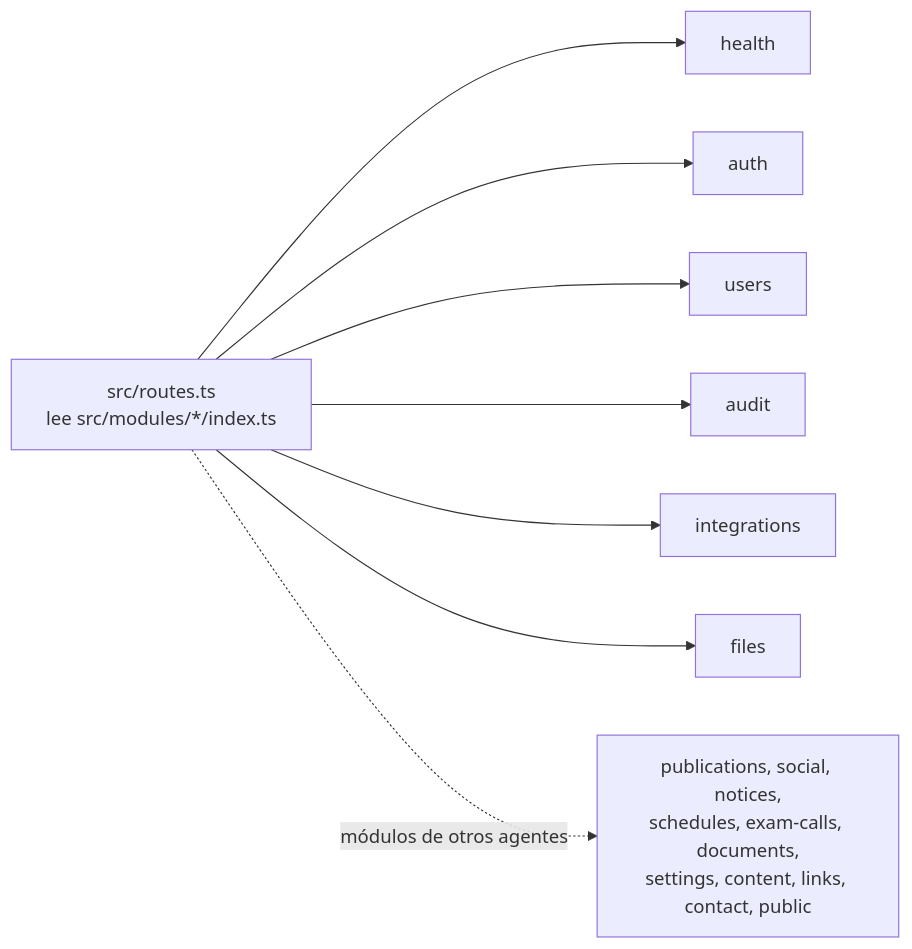
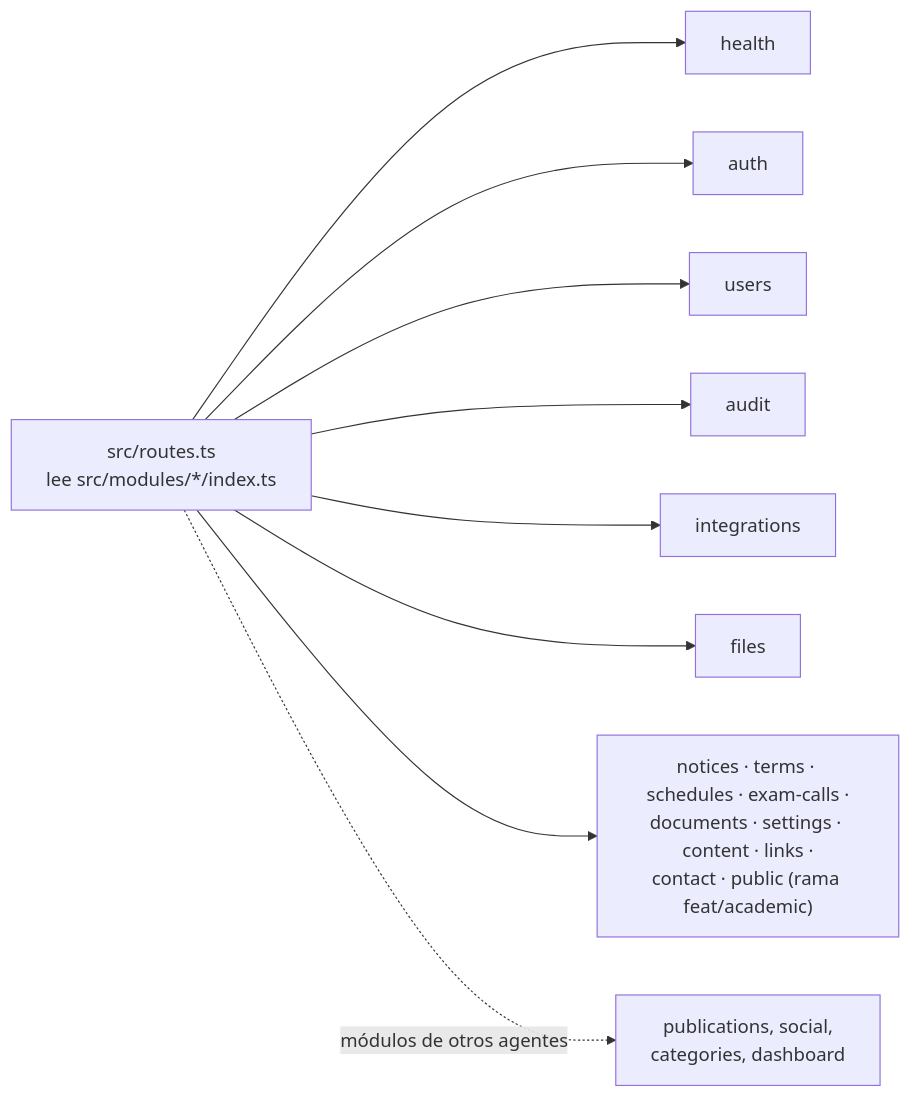
Before and after one commit to IFTS29-TalentoTech/ifts2-plataforma: the second of 3 diagrams in docs/ARQUITECTURA.md, drawn with Mermaid. The commit also changed other lines of this file and 16 other files, not shown here.

````diff
--- a/docs/ARQUITECTURA.md
+++ b/docs/ARQUITECTURA.md
@@ -52,10 +52,11 @@
 ```mermaid
 flowchart LR
   R["src/routes.ts<br/>lee src/modules/*/index.ts"] --> H[health]
   R --> A[auth]
   R --> U[users]
   R --> AU[audit]
   R --> I[integrations]
   R --> F[files]
-  R -. "módulos de otros agentes" .-> P["publications, social, notices,<br/>schedules, exam-calls, documents,<br/>settings, content, links, contact, public"]
+  R --> ACA["notices · terms · schedules · exam-calls ·<br/>documents · settings · content · links ·<br/>contact · public (rama feat/academic)"]
+  R -. "módulos de otros agentes" .-> P["publications, social,<br/>categories, dashboard"]
 ```
````
